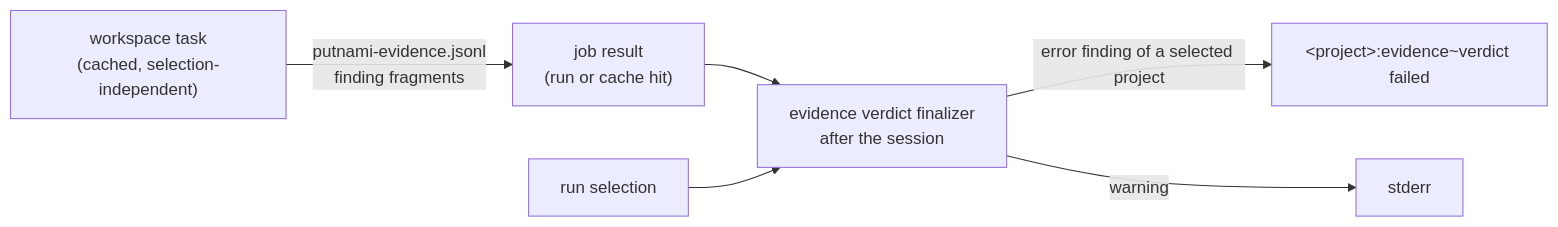
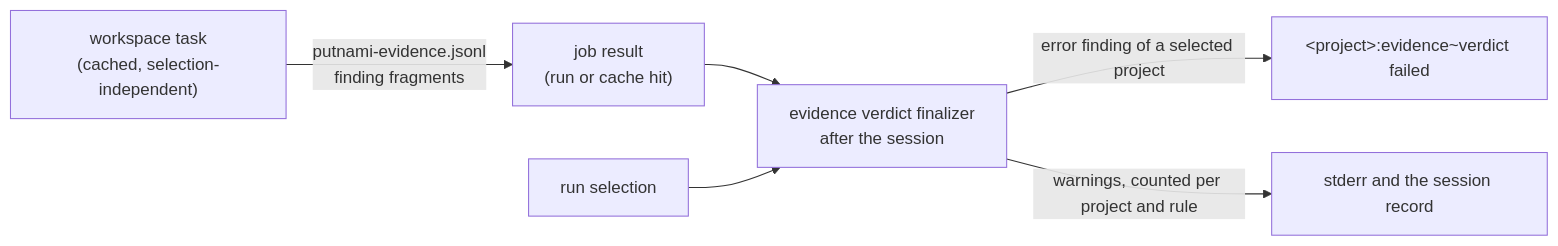
The diagram in tooling/cli/doc/adr/0134-a-run-fails-on-the-findings-of-the-projects-it-selected.md (Putnami/putnami), drawn with Mermaid before and after one commit. The commit also changed other lines of this file and 4 other files, not shown here.

First line of the commit message:
docs(cli,extension): a task that reads no selection keys once, and evidence warnings count per project and rule

````diff
--- a/tooling/cli/doc/adr/0134-a-run-fails-on-the-findings-of-the-projects-it-selected.md
+++ b/tooling/cli/doc/adr/0134-a-run-fails-on-the-findings-of-the-projects-it-selected.md
@@ -31,8 +36,8 @@
 ```mermaid
 flowchart LR
   T["workspace task<br/>(cached, selection-independent)"] -->|"putnami-evidence.jsonl<br/>finding fragments"| R["job result<br/>(run or cache hit)"]
   R --> F["evidence verdict finalizer<br/>after the session"]
   S["run selection"] --> F
   F -->|"error finding of a selected project"| X["&lt;project&gt;:evidence~verdict failed"]
-  F -->|"warning"| E["stderr"]
+  F -->|"warnings, counted per project and rule"| E["stderr and the session record"]
 ```
````
